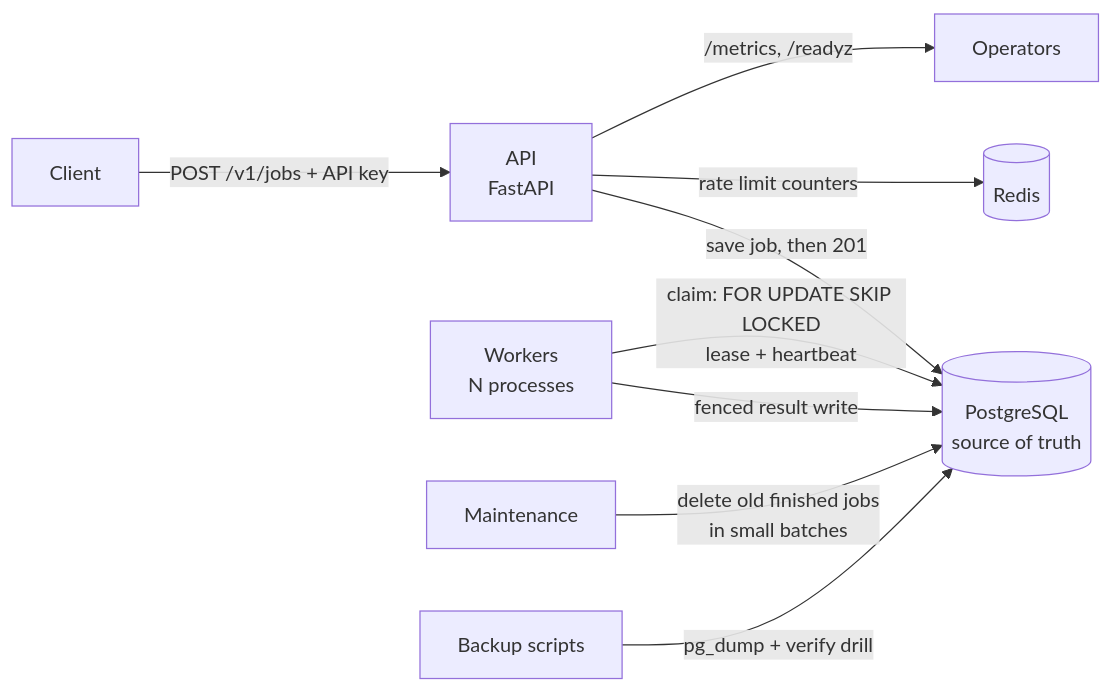
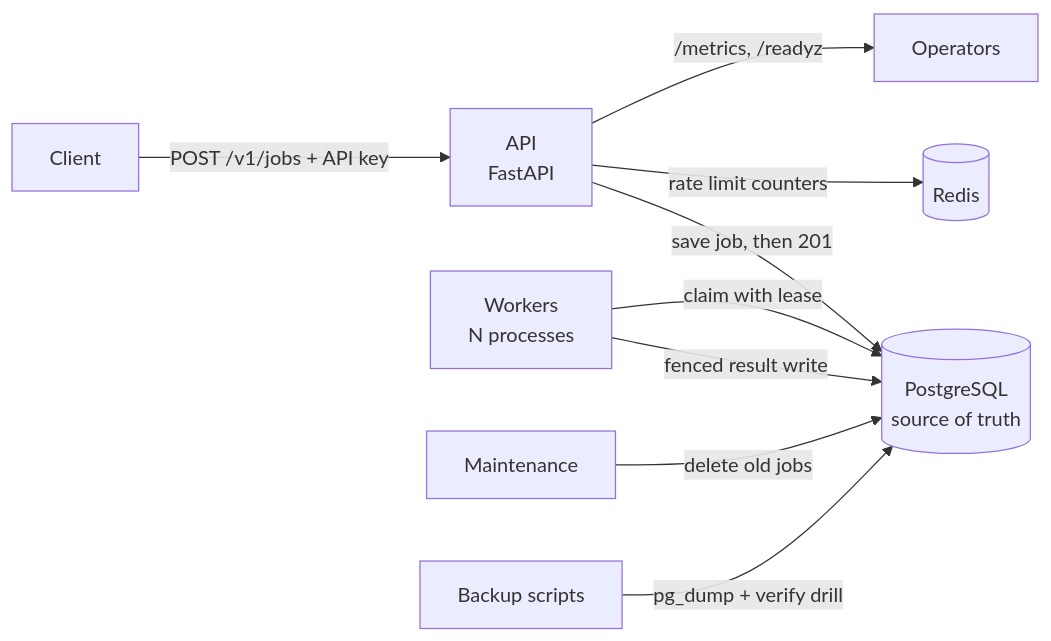
The diagram in README.md (uzairsiddiqui089/queue-forge), drawn with Mermaid before and after one commit.

Commit message:
Shorten remaining diagram labels

````diff
--- a/README.md
+++ b/README.md
@@ -18,11 +18,11 @@
 ```mermaid
 flowchart LR
     C[Client] -->|POST /v1/jobs + API key| A[API<br/>FastAPI]
     A -->|rate limit counters| R[(Redis)]
     A -->|save job, then 201| P[(PostgreSQL<br/>source of truth)]
-    W[Workers<br/>N processes] -->|claim: FOR UPDATE SKIP LOCKED<br/>lease + heartbeat| P
+    W[Workers<br/>N processes] -->|claim with lease| P
     W -->|fenced result write| P
-    M[Maintenance] -->|delete old finished jobs<br/>in small batches| P
+    M[Maintenance] -->|delete old jobs| P
     B[Backup scripts] -->|pg_dump + verify drill| P
     A -->|/metrics, /readyz| O[Operators]
 ```
````
